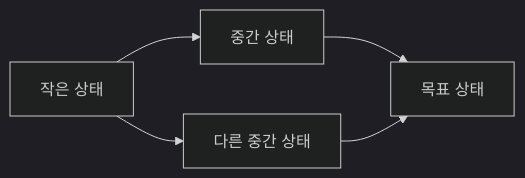
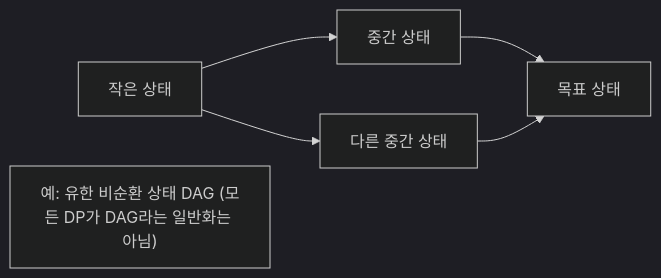
The diagram in algorithms/part08_dynamic_programming.md (Rein-ArXiv/game-dev-curriculum), drawn with Mermaid (dark theme) before and after one commit. The commit also changed other lines of this file and 279 other files, not shown here.

````diff
--- a/algorithms/part08_dynamic_programming.md
+++ b/algorithms/part08_dynamic_programming.md
@@ -44,7 +44,8 @@
 ```mermaid
 flowchart LR
     S0[작은 상태] --> S1[중간 상태]
     S0 --> S2[다른 중간 상태]
     S1 --> G[목표 상태]
     S2 --> G
+    C["예: 유한 비순환 상태 DAG (모든 DP가 DAG라는 일반화는 아님)"]
 ```
````
